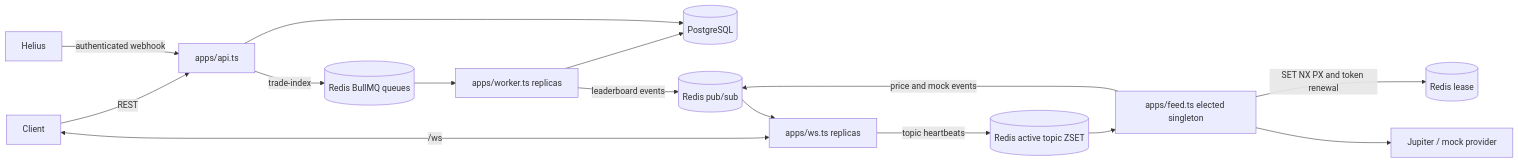
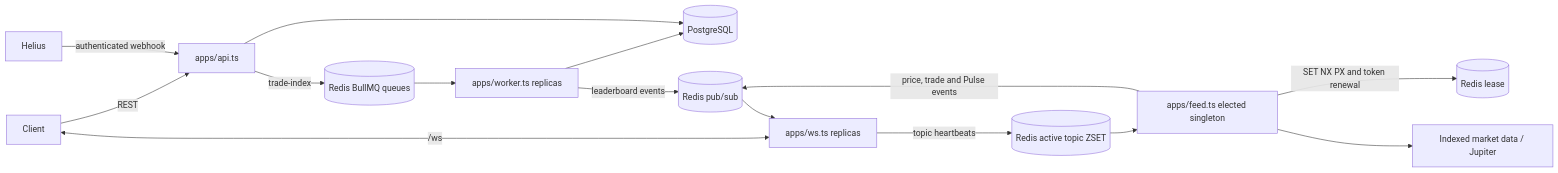
Before and after one commit to jog01/agele: the first of 2 diagrams in docs/architecture.md, drawn with Mermaid. The commit also changed other lines of this file and 31 other files, not shown here.

Commit message:
feat(market): serve indexed Pulse, search and realtime market data

````diff
--- a/docs/architecture.md
+++ b/docs/architecture.md
@@ -6,17 +6,17 @@
 ```mermaid
 flowchart LR
   Client -->|REST| API[apps/api.ts]
   Client <-->|/ws| WS[apps/ws.ts replicas]
   Helius -->|authenticated webhook| API
   API -->|trade-index| Queues[(Redis BullMQ queues)]
   Queues --> Worker[apps/worker.ts replicas]
   Worker --> PG[(PostgreSQL)]
   API --> PG
   Worker -->|leaderboard events| Bus[(Redis pub/sub)]
-  Feed[apps/feed.ts elected singleton] -->|price and mock events| Bus
+  Feed[apps/feed.ts elected singleton] -->|price, trade and Pulse events| Bus
   Bus --> WS
   WS -->|topic heartbeats| Registry[(Redis active topic ZSET)]
   Registry --> Feed
   Feed -->|SET NX PX and token renewal| Lock[(Redis lease)]
-  Feed --> Market[Jupiter / mock provider]
+  Feed --> Market[Indexed market data / Jupiter]
 ```
````
